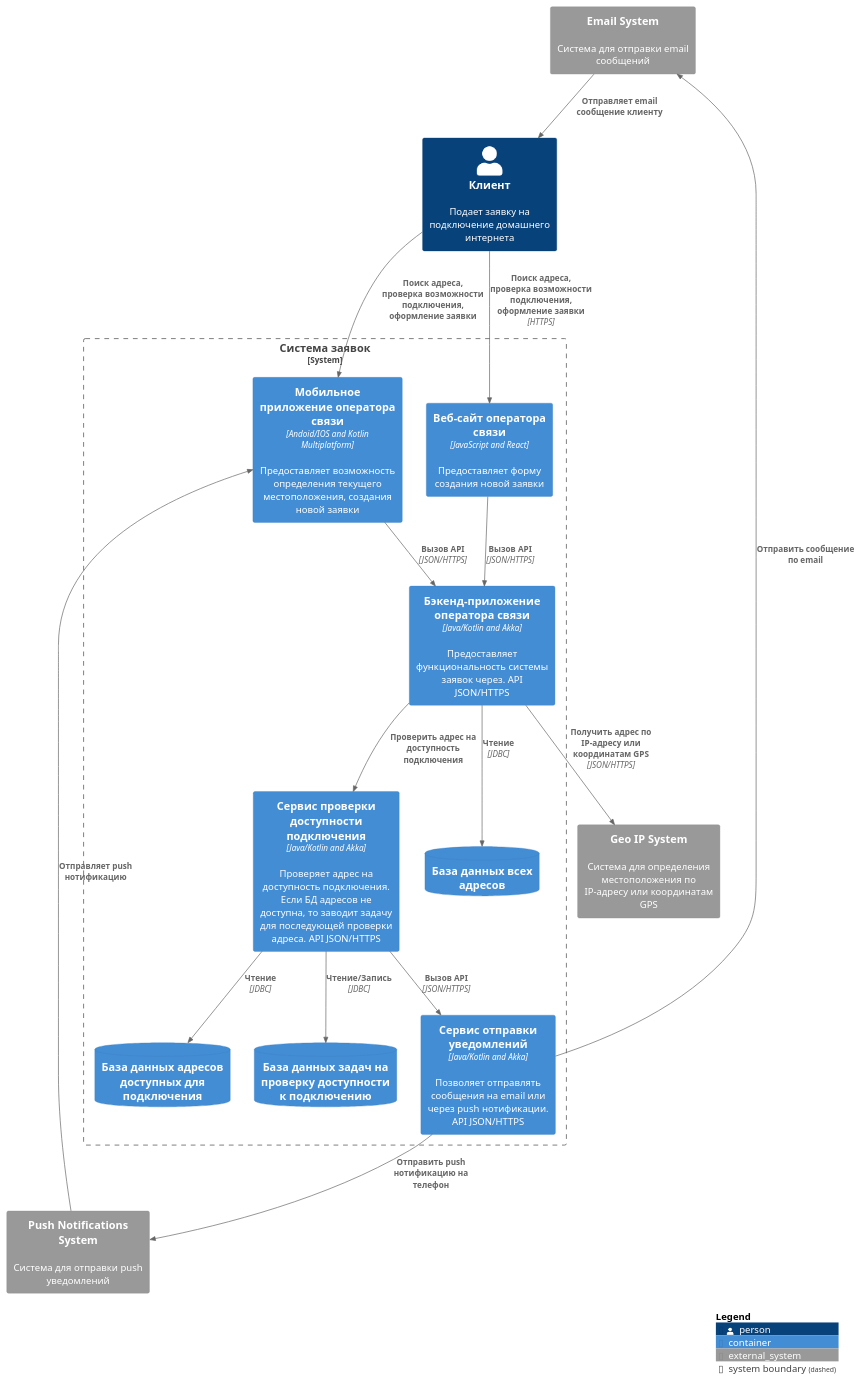
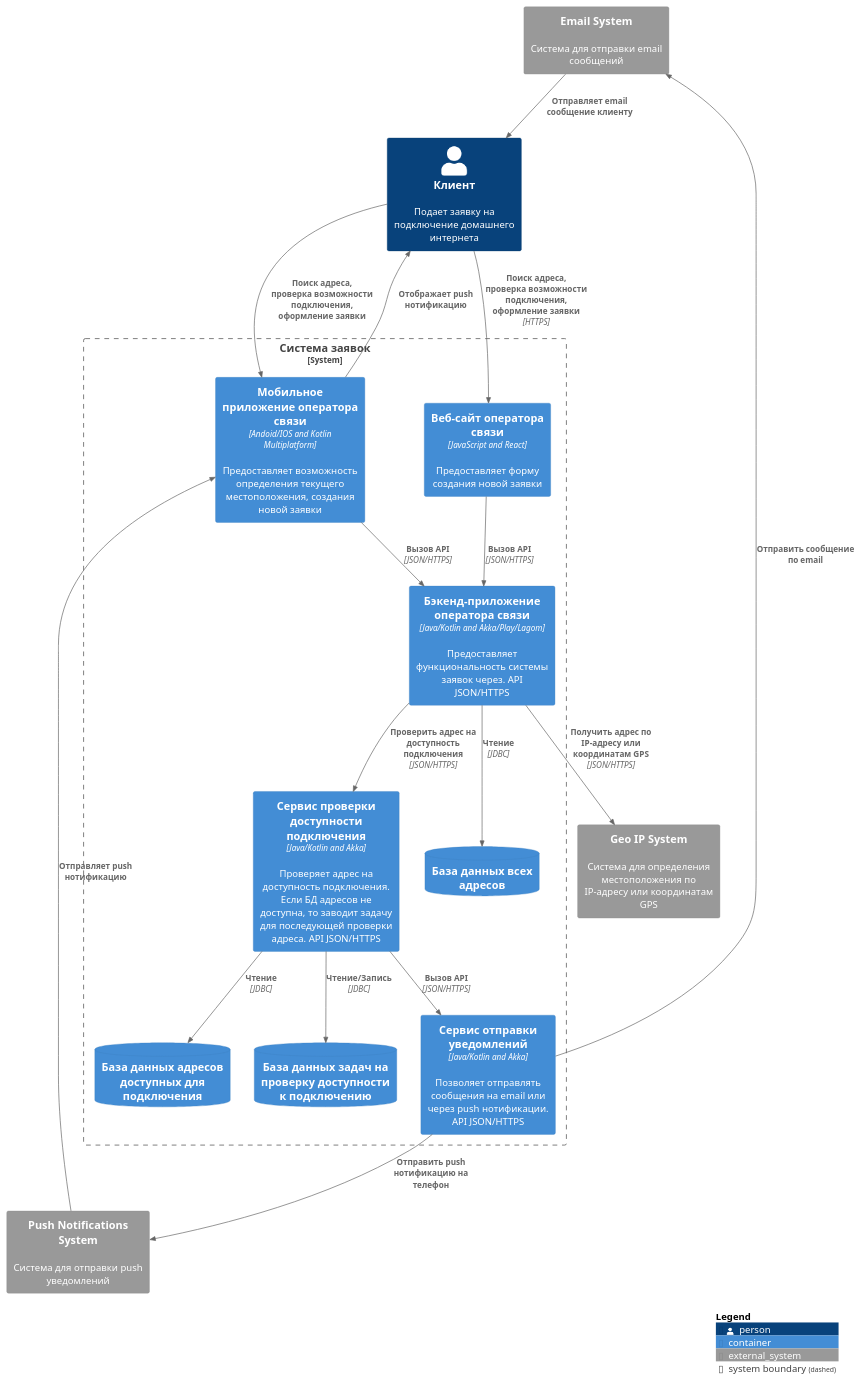
The diagram in home_work_1/container.puml (alexmihailov/architecture), drawn with PlantUML before and after one commit. The commit also changed 3 other files, not shown here.

Commit message:
DZ1 Level 3: Components diagram

```diff
--- a/home_work_1/container.puml
+++ b/home_work_1/container.puml
@@ -1,36 +1,37 @@
-@startuml Context
+@startuml Container
 !include <C4/C4_Container>
 
-Person(personAlias, "Клиент", "Подает заявку на подключение домашнего интернета")
-System_Boundary(systemAlias, "Система заявок") {
-    Container(feContainerAlias, "Веб-сайт оператора связи", "JavaScript and React", "Предоставляет форму создания новой заявки")
-    Container(mobileAppContainerAlias, "Мобильное приложение оператора связи", "Andoid/IOS and Kotlin Multiplatform", "Предоставляет возможность определения текущего местоположения, создания новой заявки")
-    Container(beContainerAlias, "Бэкенд-приложение оператора связи", "Java/Kotlin and Akka", "Предоставляет функциональность системы заявок через. API JSON/HTTPS")
-    Container(beRequestsContainerAlias, "Сервис проверки доступности подключения", "Java/Kotlin and Akka", "Проверяет адрес на доступность подключения. Если БД адресов не доступна, то заводит задачу для последующей проверки адреса. API JSON/HTTPS")
-    Container(beNotificationsContainerAlias, "Сервис отправки уведомлений", "Java/Kotlin and Akka", "Позволяет отправлять сообщения на email или через push нотификации. API JSON/HTTPS")
-    ContainerDb(dbAllContainerAlias, "База данных всех адресов")
-    ContainerDb(dbAvailableContainerAlias, "База данных адресов доступных для подключения")
-    ContainerDb(dbCheckTasksContainerAlias, "База данных задач на проверку доступности к подключению")
+Person(person, "Клиент", "Подает заявку на подключение домашнего интернета")
+System_Boundary(system, "Система заявок") {
+    Container(feContainer, "Веб-сайт оператора связи", "JavaScript and React", "Предоставляет форму создания новой заявки")
+    Container(mobileAppContainer, "Мобильное приложение оператора связи", "Andoid/IOS and Kotlin Multiplatform", "Предоставляет возможность определения текущего местоположения, создания новой заявки")
+    Container(beContainer, "Бэкенд-приложение оператора связи", "Java/Kotlin and Akka/Play/Lagom", "Предоставляет функциональность системы заявок через. API JSON/HTTPS")
+    Container(beRequestsContainer, "Сервис проверки доступности подключения", "Java/Kotlin and Akka", "Проверяет адрес на доступность подключения. Если БД адресов не доступна, то заводит задачу для последующей проверки адреса. API JSON/HTTPS")
+    Container(beNotificationsContainer, "Сервис отправки уведомлений", "Java/Kotlin and Akka", "Позволяет отправлять сообщения на email или через push нотификации. API JSON/HTTPS")
+    ContainerDb(dbAllContainer, "База данных всех адресов")
+    ContainerDb(dbAvailableContainer, "База данных адресов доступных для подключения")
+    ContainerDb(dbCheckTasksContainer, "База данных задач на проверку доступности к подключению")
 
 }
-System_Ext(geoIpSystemAlias, "Geo IP System", "Система для определения местоположения по IP-адресу или координатам GPS")
-System_Ext(emailSystemAlias, "Email System", "Система для отправки email сообщений")
-System_Ext(pushSystemAlias, "Push Notifications System", "Система для отправки push уведомлений")
+System_Ext(geoIpSystem, "Geo IP System", "Система для определения местоположения по IP-адресу или координатам GPS")
+System_Ext(emailSystem, "Email System", "Система для отправки email сообщений")
+System_Ext(pushSystem, "Push Notifications System", "Система для отправки push уведомлений")
 
-Rel(personAlias, feContainerAlias, "Поиск адреса, проверка возможности подключения, оформление заявки", "HTTPS")
-Rel(personAlias, mobileAppContainerAlias, "Поиск адреса, проверка возможности подключения, оформление заявки")
-Rel(feContainerAlias, beContainerAlias, "Вызов API", "JSON/HTTPS")
-Rel(mobileAppContainerAlias, beContainerAlias, "Вызов API", "JSON/HTTPS")
-Rel(beContainerAlias, dbAllContainerAlias, "Чтение", "JDBC")
-Rel_D(beContainerAlias, geoIpSystemAlias, "Получить адрес по IP-адресу или координатам GPS", "JSON/HTTPS")
-Rel_D(beContainerAlias, beRequestsContainerAlias, "Проверить адрес на доступность подключения")
-Rel(beRequestsContainerAlias, dbAvailableContainerAlias, "Чтение", "JDBC")
-Rel(beRequestsContainerAlias, dbCheckTasksContainerAlias, "Чтение/Запись", "JDBC")
-Rel(beRequestsContainerAlias, beNotificationsContainerAlias, "Вызов API", "JSON/HTTPS")
-Rel(beNotificationsContainerAlias, emailSystemAlias, "Отправить сообщение по email")
-Rel(beNotificationsContainerAlias, pushSystemAlias, "Отправить push нотификацию на телефон")
-Rel(emailSystemAlias, personAlias, "Отправляет email сообщение клиенту")
-Rel(pushSystemAlias, mobileAppContainerAlias, "Отправляет push нотификацию")
+Rel(person, feContainer, "Поиск адреса, проверка возможности подключения, оформление заявки", "HTTPS")
+Rel(person, mobileAppContainer, "Поиск адреса, проверка возможности подключения, оформление заявки")
+Rel(feContainer, beContainer, "Вызов API", "JSON/HTTPS")
+Rel(mobileAppContainer, beContainer, "Вызов API", "JSON/HTTPS")
+Rel(beContainer, dbAllContainer, "Чтение", "JDBC")
+Rel_D(beContainer, geoIpSystem, "Получить адрес по IP-адресу или координатам GPS", "JSON/HTTPS")
+Rel_D(beContainer, beRequestsContainer, "Проверить адрес на доступность подключения", "JSON/HTTPS")
+Rel(beRequestsContainer, dbAvailableContainer, "Чтение", "JDBC")
+Rel(beRequestsContainer, dbCheckTasksContainer, "Чтение/Запись", "JDBC")
+Rel(beRequestsContainer, beNotificationsContainer, "Вызов API", "JSON/HTTPS")
+Rel(beNotificationsContainer, emailSystem, "Отправить сообщение по email")
+Rel(beNotificationsContainer, pushSystem, "Отправить push нотификацию на телефон")
+Rel(emailSystem, person, "Отправляет email сообщение клиенту")
+Rel(pushSystem, mobileAppContainer, "Отправляет push нотификацию")
+Rel_U(mobileAppContainer, person, "Отображает push нотификацию")
 
 SHOW_LEGEND()
 @enduml
```
